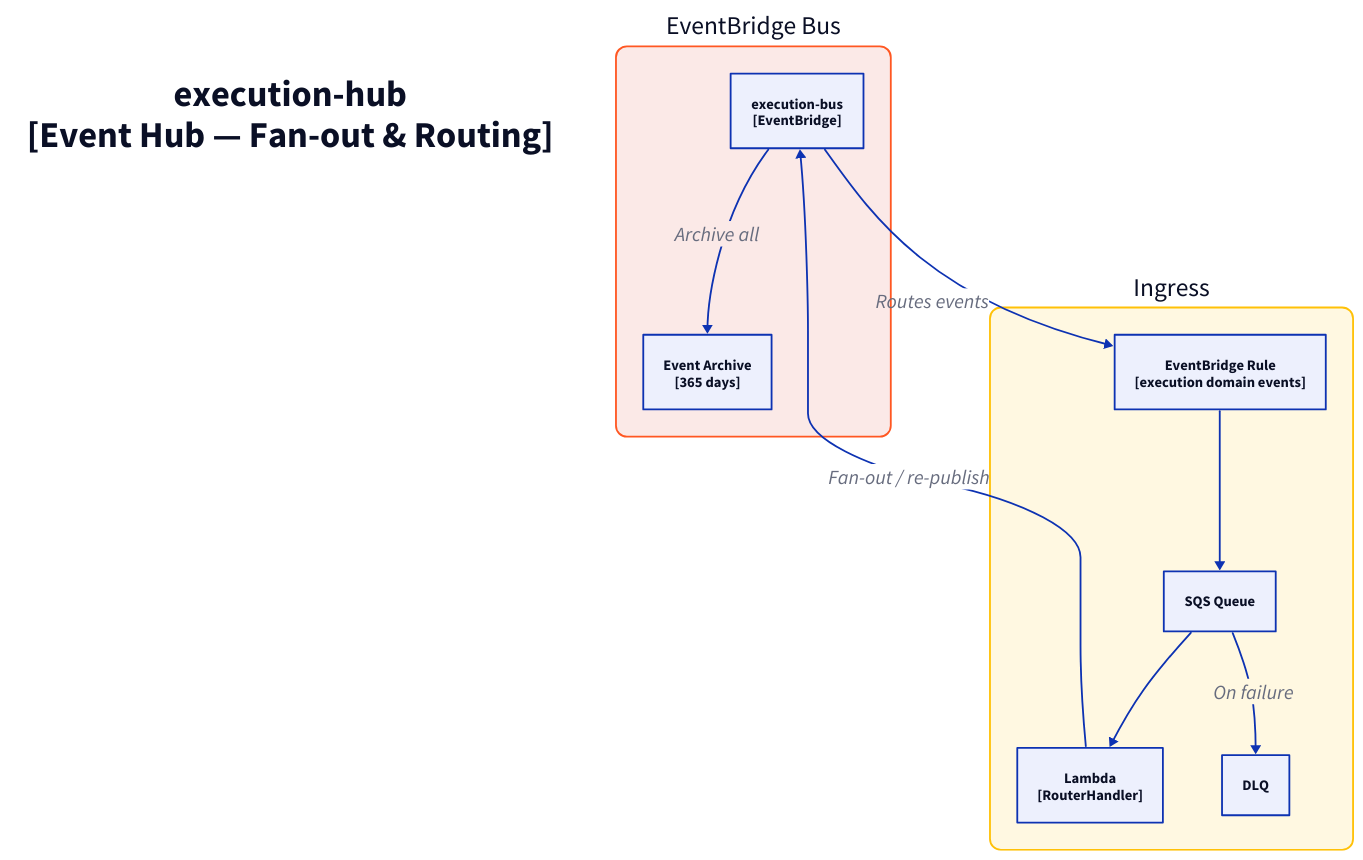
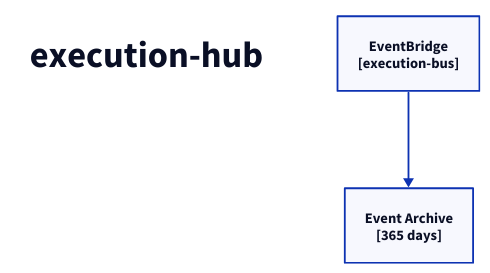
The diagram in docs/architecture/c3/execution-hub.d2 (fabio-vitali/nestfolio), drawn with D2 before and after one commit. The commit also changed 60 other files, not shown here.

Commit message:
fix: c4 diagram generated

```diff
--- a/docs/architecture/c3/execution-hub.d2
+++ b/docs/architecture/c3/execution-hub.d2
@@ -1,32 +1,11 @@
 direction: down
 
-title: "execution-hub\n[Event Hub — Fan-out & Routing]" {
+title: "execution-hub" {
   style: { font-size: 40; bold: true; fill: transparent; stroke: transparent }
 }
 
-bus: "EventBridge Bus" {
-  style: { fill: "#FBE9E7"; stroke: "#FF5722"; border-radius: 12; font-size: 28 }
-
-  domain-bus: "execution-bus\n[EventBridge]" { class: aws-eventbridge }
-  archive: "Event Archive\n[365 days]" { class: aws-s3 }
-
-  domain-bus -> archive: "Archive all" {style.font-size: 22}
-}
-
-ingress: "Ingress" {
-  style: { fill: "#FFF8E1"; stroke: "#FFC107"; border-radius: 12; font-size: 28 }
-
-  router-rule: "EventBridge Rule\n[execution domain events]" { class: aws-eventbridge }
-  router-sqs: "SQS Queue" { class: aws-sqs }
-  router-fn: "Lambda\n[RouterHandler]" { class: aws-lambda }
-  router-dlq: "DLQ" { class: aws-dlq }
-
-  router-rule -> router-sqs -> router-fn
-  router-sqs -> router-dlq: "On failure" {style.font-size: 22}
-}
-
-
+execution-bus: "EventBridge\n[execution-bus]" { class: aws-eventbridge }
+archive: "Event Archive\n[365 days]" { class: aws-s3 }
+execution-bus -> archive
 
 # Flows
-bus.domain-bus -> ingress.router-rule: "Routes events" {style.font-size: 22}
-ingress.router-fn -> bus.domain-bus: "Fan-out / re-publish" {style.font-size: 22}
```
